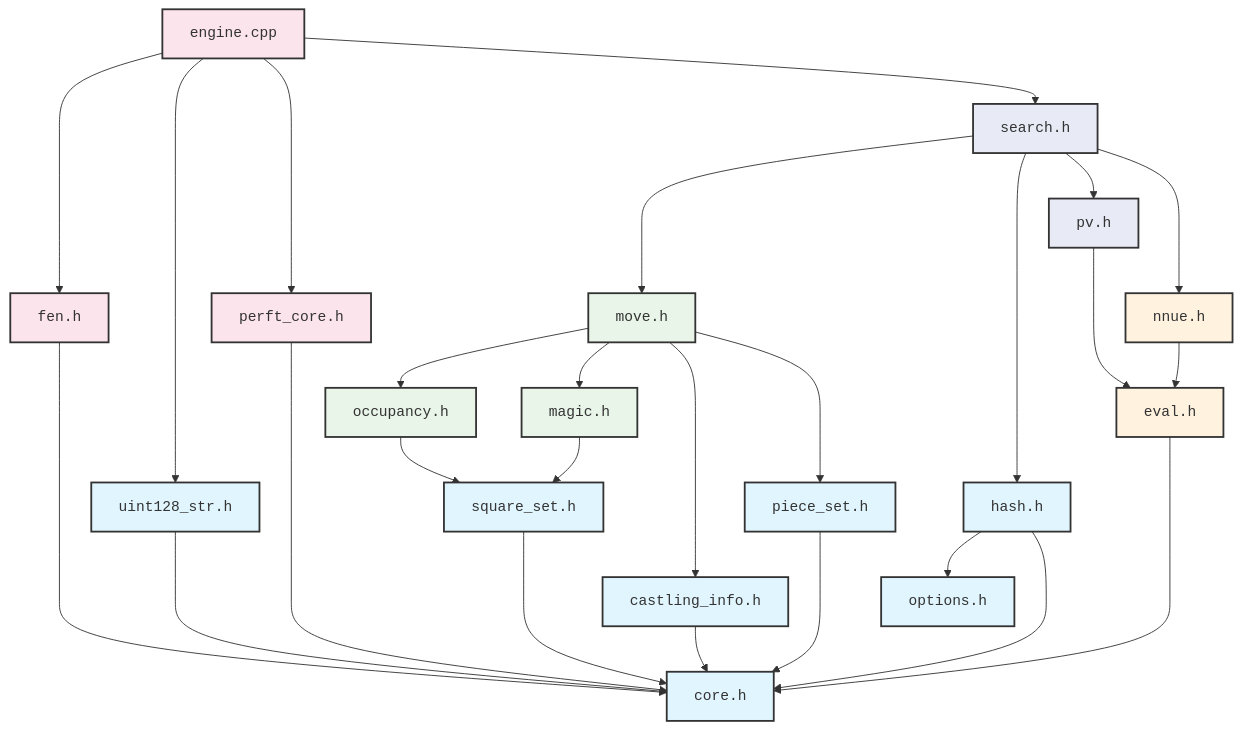
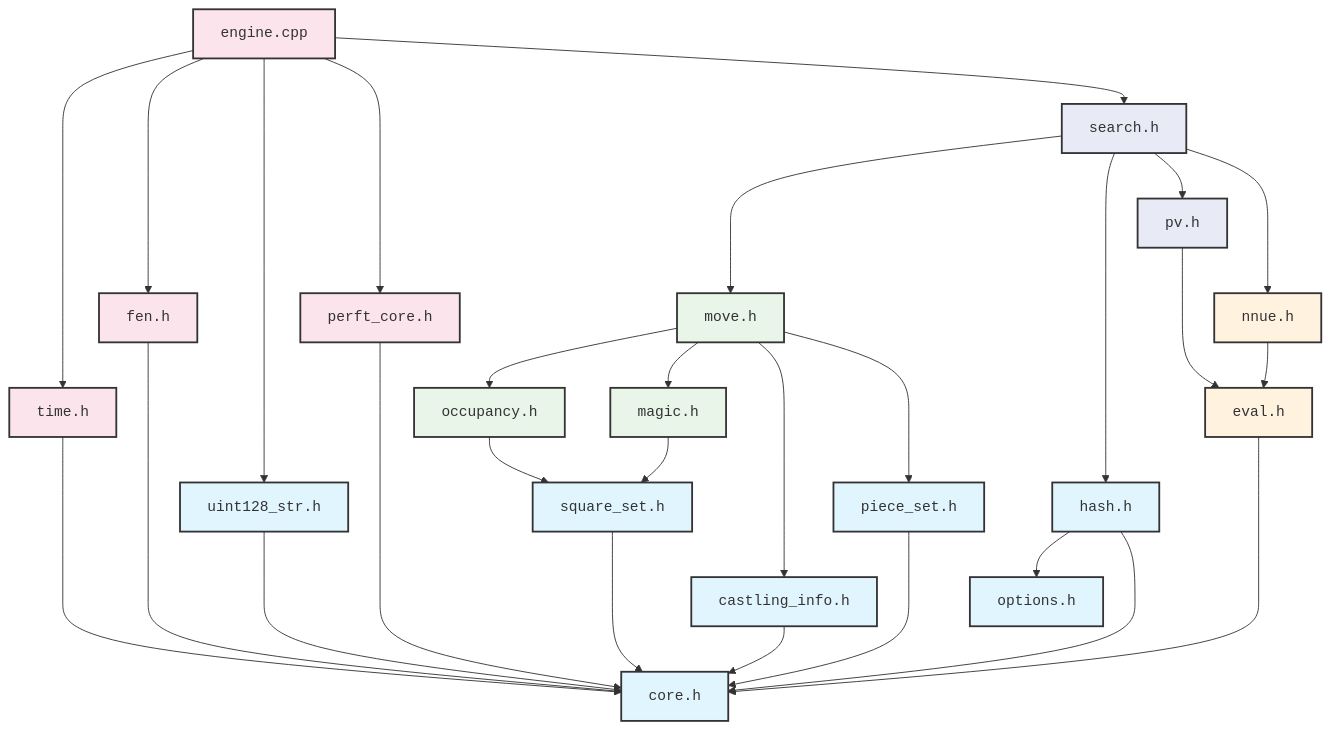
The second of 2 diagrams in src/README.md (GeertBosch/gbchess), drawn with Mermaid before and after one commit. The commit also changed 2 other files, not shown here.

Commit message:
Add initial time control support

````diff
--- a/src/README.md
+++ b/src/README.md
@@ -96,9 +96,13 @@
 
     SS[square_set.h]
 
+    T[time.h]
+
     %% The following are include dependencies between the above modules.
     %% The order is chosen to be able to render a planar graph, without crossing edges.
     %% Transitive dependencies are generally omitted for the graph.
+    U --> T
+    T ----> C
     U --> F
     U --> S
     U --> PC
@@ -137,5 +141,5 @@
     class MM,MO,M move
     class E,EN eval
     class S,PV search
-    class F,U,PC engine
+    class F,U,PC,T engine
 ```
````
